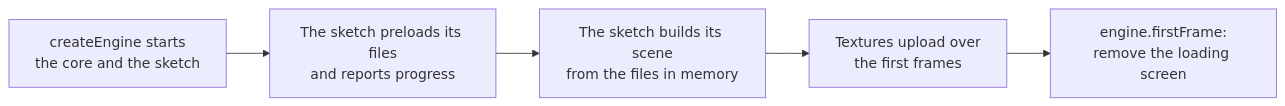
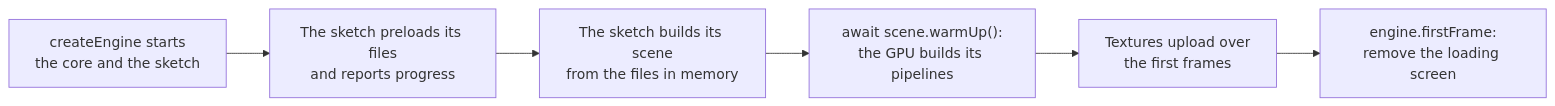
The diagram in docs/guides/loading-screens.md (ehtick/null3d), drawn with Mermaid before and after one commit. The commit also changed other lines of this file and 52 other files, not shown here.

First line of the commit message:
feat(engine): build pipelines without blocking, and wait for them with scene.warmUp() (#99)

````diff
--- a/docs/guides/loading-screens.md
+++ b/docs/guides/loading-screens.md
@@ -13,7 +13,8 @@
 ```mermaid
 flowchart LR
     start["createEngine starts<br/>the core and the sketch"] --> preload["The sketch preloads its files<br/>and reports progress"]
     preload --> setup["The sketch builds its scene<br/>from the files in memory"]
-    setup --> uploads["Textures upload over<br/>the first frames"]
+    setup --> warm["await scene.warmUp():<br/>the GPU builds its pipelines"]
+    warm --> uploads["Textures upload over<br/>the first frames"]
     uploads --> first["engine.firstFrame:<br/>remove the loading screen"]
 ```
````
